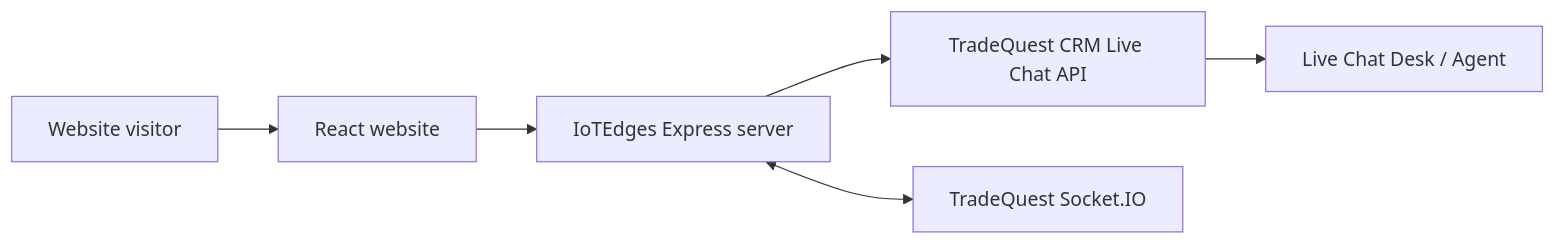
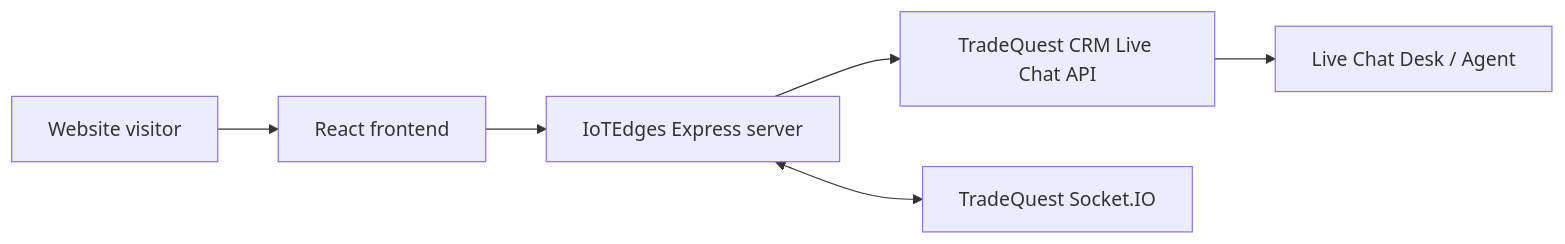
Before and after one commit to samlau0086/iotsight: the first of 2 diagrams in README.md, drawn with Mermaid. The commit also changed other lines of this file and 193 other files, not shown here.

````diff
--- a/README.md
+++ b/README.md
@@ -24,8 +24,8 @@
 ```mermaid
 flowchart LR
-  Visitor["Website visitor"] --> React["React website"]
+  Visitor["Website visitor"] --> React["React frontend"]
   React --> Express["IoTEdges Express server"]
   Express --> CRM["TradeQuest CRM Live Chat API"]
   Express <--> Socket["TradeQuest Socket.IO"]
   CRM --> Desk["Live Chat Desk / Agent"]
 ```
````
